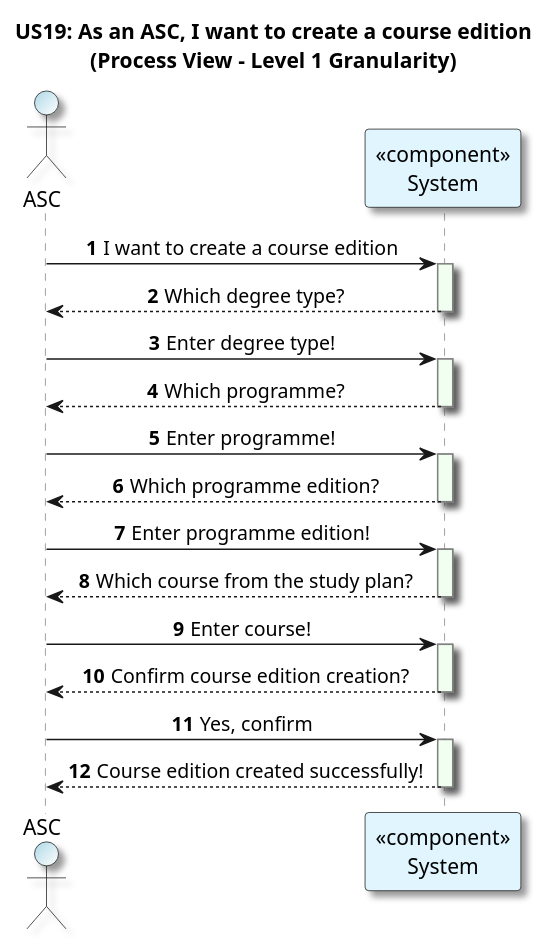
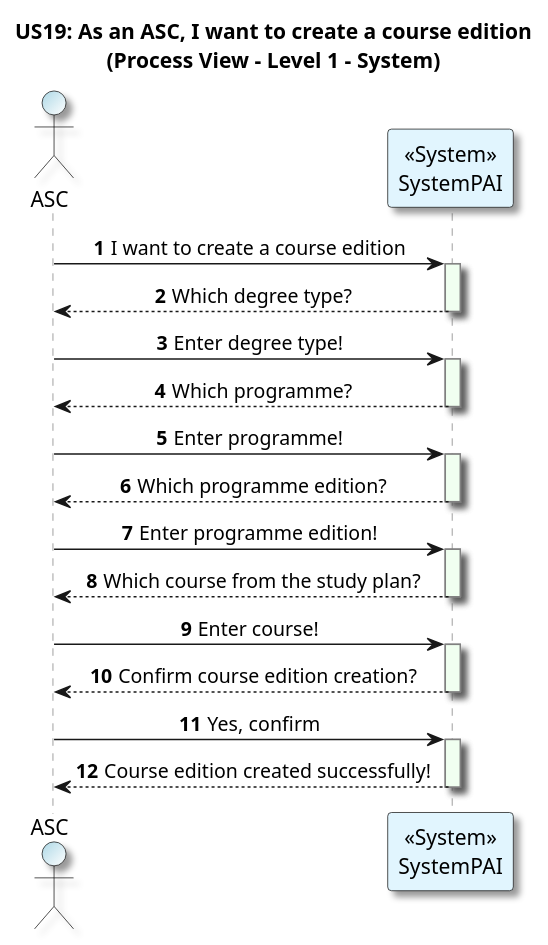
One commit to GasparISEP/DevOps-PAI changed the diagram in docs/US19/Sprint6_RestAPI/ProcessView/CreateCourseEdition_Level1Granularity.puml. Above: the diagram before and after it, drawn with PlantUML.

Commit message:
[docs]: Update system interaction in level 1 process view diagram for createCourseEdition functionality (Refs: #536, #549)

```diff
--- a/docs/US19/Sprint6_RestAPI/ProcessView/CreateCourseEdition_Level1Granularity.puml
+++ b/docs/US19/Sprint6_RestAPI/ProcessView/CreateCourseEdition_Level1Granularity.puml
@@ -1,50 +1,50 @@
 @startuml
-title US19: As an ASC, I want to create a course edition\n(Process View – Level 1 Granularity)
+title US19: As an ASC, I want to create a course edition\n(Process View – Level 1 - System)
 autonumber
 
 skinparam {
   ActivityPadding 2
   ActivityMargin 2
   BoxPadding 2
 }
 skinparam sequence {
     LifeLineBorderColor Grey
     LifeLineBackgroundColor HoneyDew
 }
 skinparam defaultTextAlignment center
 skinparam shadowing true
 
 actor ASC  #LightBlue/White
-participant "<<component>>\nSystem" as SYSTEM #E1F5FE
+participant "<<System>>\nSystemPAI" as SYSTEM #E1F5FE
 
 ASC -> SYSTEM: I want to create a course edition
 activate SYSTEM
 SYSTEM --> ASC: Which degree type?
 deactivate SYSTEM
 
 ASC -> SYSTEM: Enter degree type!
 activate SYSTEM
 SYSTEM --> ASC: Which programme?
 deactivate SYSTEM
 
 ASC -> SYSTEM: Enter programme!
 activate SYSTEM
 SYSTEM --> ASC: Which programme edition?
 deactivate SYSTEM
 
 ASC -> SYSTEM: Enter programme edition!
 activate SYSTEM
 SYSTEM --> ASC: Which course from the study plan?
 deactivate SYSTEM
 
 ASC -> SYSTEM: Enter course!
 activate SYSTEM
 SYSTEM --> ASC: Confirm course edition creation?
 deactivate SYSTEM
 
 ASC -> SYSTEM: Yes, confirm
 activate SYSTEM
 SYSTEM --> ASC: Course edition created successfully!
 deactivate SYSTEM
 
 @enduml
```
